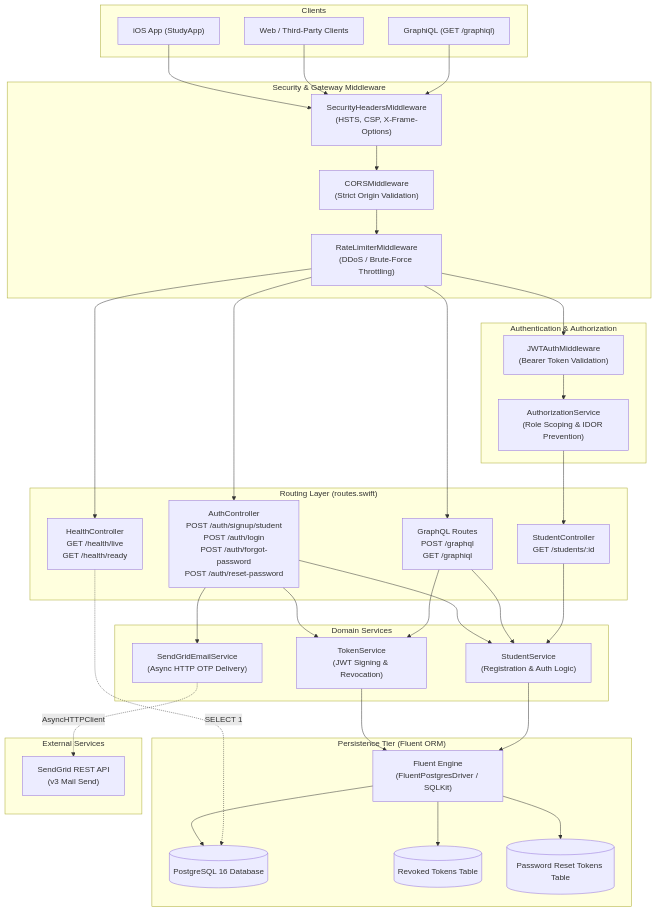
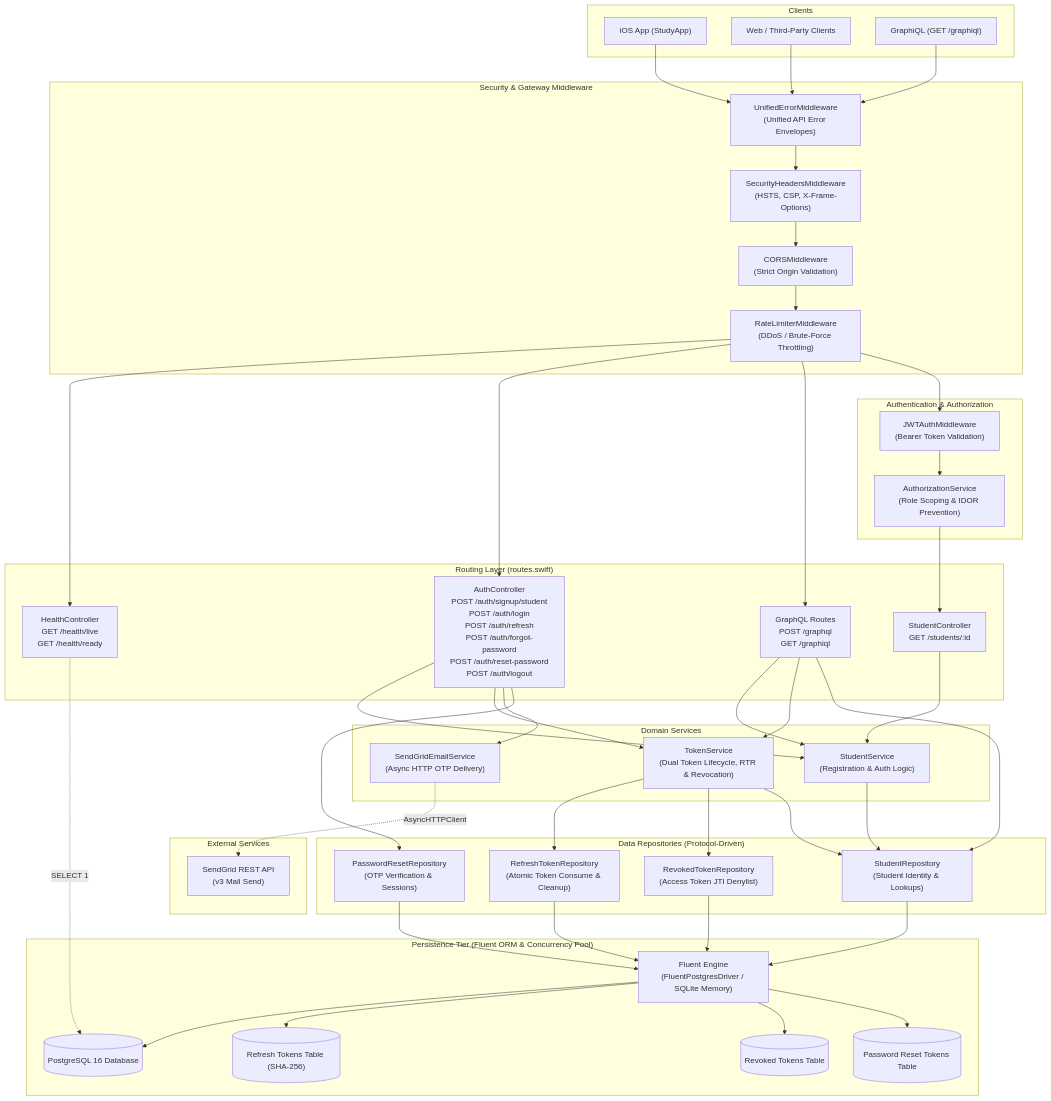
Before and after one commit to rajeshm20/StudentAppBackend: the diagram in README.md, drawn with Mermaid. The commit also changed other lines of this file and 20 other files, not shown here.

First line of the commit message:
feat(auth): Refresh Token Rotation, Clean Architecture & Enterprise Hardening (#54) (#55)

```diff
--- a/README.md
+++ b/README.md
@@ -61,6 +62,7 @@
     end
 
     subgraph SecurityPipeline["Security & Gateway Middleware"]
+        UnifiedErr["UnifiedErrorMiddleware<br/>(Unified API Error Envelopes)"]
         SecHeaders["SecurityHeadersMiddleware<br/>(HSTS, CSP, X-Frame-Options)"]
         CORS["CORSMiddleware<br/>(Strict Origin Validation)"]
         RateLimit["RateLimiterMiddleware<br/>(DDoS / Brute-Force Throttling)"]
@@ -68,7 +70,7 @@
 
     subgraph Routing["Routing Layer (routes.swift)"]
         HealthRoutes["HealthController<br/>GET /health/live<br/>GET /health/ready"]
-        AuthRoutes["AuthController<br/>POST /auth/signup/student<br/>POST /auth/login<br/>POST /auth/forgot-password<br/>POST /auth/reset-password"]
+        AuthRoutes["AuthController<br/>POST /auth/signup/student<br/>POST /auth/login<br/>POST /auth/refresh<br/>POST /auth/forgot-password<br/>POST /auth/reset-password<br/>POST /auth/logout"]
         StudentRoutes["StudentController<br/>GET /students/:id"]
         GraphQLRoute["GraphQL Routes<br/>POST /graphql<br/>GET /graphiql"]
     end
@@ -79,14 +81,22 @@
     end
 
     subgraph Services["Domain Services"]
-        TokenSvc["TokenService<br/>(JWT Signing & Revocation)"]
+        TokenSvc["TokenService<br/>(Dual Token Lifecycle, RTR & Revocation)"]
         StudentSvc["StudentService<br/>(Registration & Auth Logic)"]
         EmailSvc["SendGridEmailService<br/>(Async HTTP OTP Delivery)"]
     end
 
-    subgraph Persistence["Persistence Tier (Fluent ORM)"]
-        Fluent["Fluent Engine<br/>(FluentPostgresDriver / SQLKit)"]
+    subgraph Repositories["Data Repositories (Protocol-Driven)"]
+        StudentRepo["StudentRepository<br/>(Student Identity & Lookups)"]
+        RefreshRepo["RefreshTokenRepository<br/>(Atomic Token Consume & Cleanup)"]
+        ResetRepo["PasswordResetRepository<br/>(OTP Verification & Sessions)"]
+        RevokedRepo["RevokedTokenRepository<br/>(Access Token JTI Denylist)"]
+    end
+
+    subgraph Persistence["Persistence Tier (Fluent ORM & Concurrency Pool)"]
+        Fluent["Fluent Engine<br/>(FluentPostgresDriver / SQLite Memory)"]
         Postgres[(PostgreSQL 16 Database)]
+        RefreshTokens[("Refresh Tokens Table (SHA-256)")]
         RevokedTokens[("Revoked Tokens Table")]
         ResetTokens[("Password Reset Tokens Table")]
     end
@@ -95,11 +105,11 @@
         SendGrid["SendGrid REST API<br/>(v3 Mail Send)"]
     end
 
-    iOS --> SecHeaders
-    Web --> SecHeaders
-    Playground --> SecHeaders
+    iOS --> UnifiedErr
+    Web --> UnifiedErr
+    Playground --> UnifiedErr
 
-    SecHeaders --> CORS --> RateLimit
+    UnifiedErr --> SecHeaders --> CORS --> RateLimit
 
     RateLimit --> HealthRoutes
     RateLimit --> AuthRoutes
@@ -114,10 +124,20 @@
     StudentRoutes --> StudentSvc
 
     EmailSvc -.->|"AsyncHTTPClient"| SendGrid
-    TokenSvc --> Fluent
-    StudentSvc --> Fluent
+    StudentSvc --> StudentRepo
+    TokenSvc --> RefreshRepo
+    TokenSvc --> RevokedRepo
+    TokenSvc --> StudentRepo
+    AuthRoutes --> ResetRepo
+    GraphQLRoute --> StudentRepo
+
+    StudentRepo --> Fluent
+    RefreshRepo --> Fluent
+    ResetRepo --> Fluent
+    RevokedRepo --> Fluent
 
     Fluent --> Postgres
+    Fluent --> RefreshTokens
     Fluent --> RevokedTokens
     Fluent --> ResetTokens
     HealthRoutes -.->|"SELECT 1"| Postgres
```
